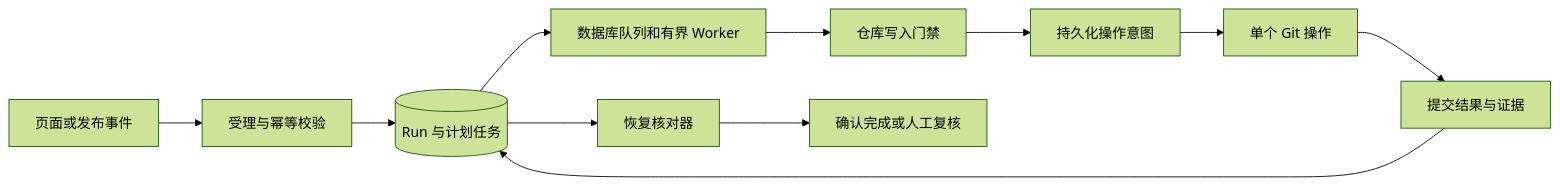
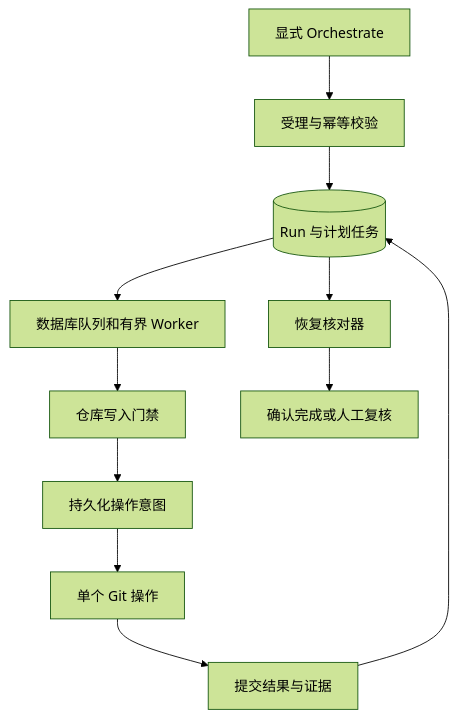
One commit to tongsh6/release-hub changed the diagram in docs/openspec/changes/add-durable-run-recovery/design.md. Above: the diagram before and after it, drawn with Mermaid (forest theme). The commit also changed other lines of this file and 18 other files, not shown here.

Commit message:
docs: reconcile orchestration evidence and advance cleanup roadmap

````diff
--- a/docs/openspec/changes/add-durable-run-recovery/design.md
+++ b/docs/openspec/changes/add-durable-run-recovery/design.md
@@ -40,13 +79,13 @@
 ```mermaid
-flowchart LR
-    A[页面或发布事件] --> B[受理与幂等校验]
+flowchart TD
+    A[显式 Orchestrate] --> B[受理与幂等校验]
     B --> C[(Run 与计划任务)]
     C --> D[数据库队列和有界 Worker]
     D --> E[仓库写入门禁]
     E --> F[持久化操作意图]
     F --> G[单个 Git 操作]
     G --> H[提交结果与证据]
     H --> C
     C --> I[恢复核对器]
     I --> J[确认完成或人工复核]
 ```
````
